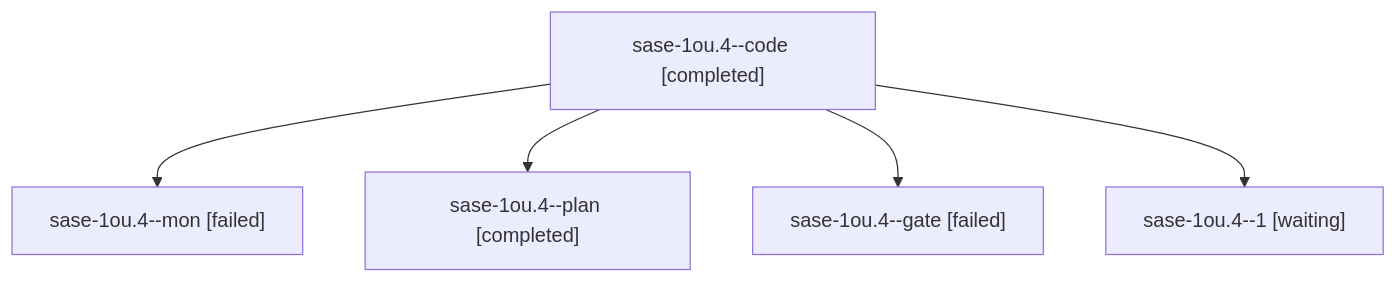
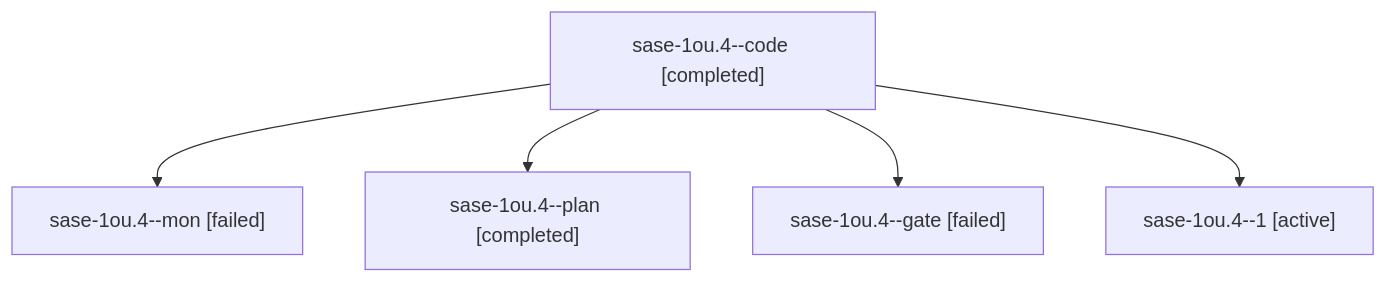
Before and after one commit to sase-org/sase--agents: the diagram in sessions/bbugyi200.athena.sase-1ou.4.md, drawn with Mermaid. The commit also changed other lines of this file and 45 other files, not shown here.

````diff
--- a/sessions/bbugyi200.athena.sase-1ou.4.md
+++ b/sessions/bbugyi200.athena.sase-1ou.4.md
@@ -9,12 +9,12 @@
 ```mermaid
 flowchart TD
   n0["sase-1ou.4--code [completed]"]
   n1["sase-1ou.4--mon [failed]"]
   n0 --> n1
   n2["sase-1ou.4--plan [completed]"]
   n0 --> n2
   n3["sase-1ou.4--gate [failed]"]
   n0 --> n3
-  n4["sase-1ou.4--1 [waiting]"]
+  n4["sase-1ou.4--1 [active]"]
   n0 --> n4
 ```
````
